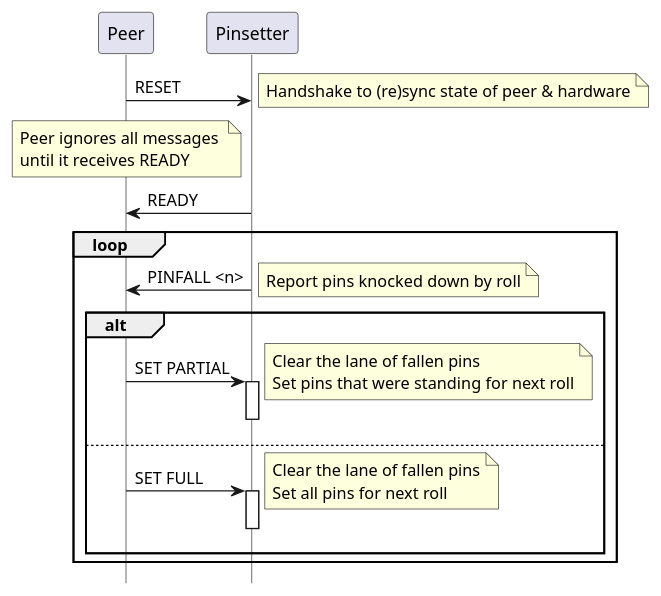
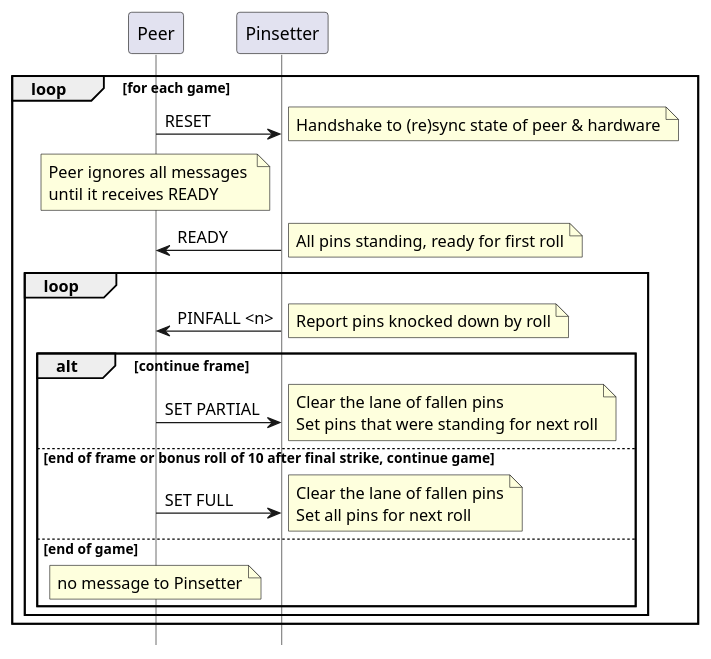
Before and after one commit to java-to-kotlin/kotlin-tdd-workshop: the fifth of 7 diagrams in docs/03-architecture.md, drawn with PlantUML. The commit also changed other lines of this file, not shown here.

Commit message:
Document no message to pinsetter after game over

````diff
--- a/docs/03-architecture.md
+++ b/docs/03-architecture.md
@@ -125,29 +133,28 @@
 ```plantuml
 hide footbox
 skinparam lifelineStrategy solid
 
 participant Peer
 participant Pinsetter
 
-
-Peer -> Pinsetter : RESET
-note right : Handshake to (re)sync state of peer & hardware
-note over Peer : Peer ignores all messages \nuntil it receives READY 
-Pinsetter -> Peer : READY
-
-loop
-    Pinsetter -> Peer : PINFALL <n>
-    note right : Report pins knocked down by roll
-    alt
-        Pinsetter <- Peer : SET PARTIAL
-        activate Pinsetter
-        note right : Clear the lane of fallen pins\nSet pins that were standing for next roll
-        deactivate Pinsetter
-    else
-        Pinsetter <- Peer : SET FULL 
-        activate Pinsetter
-        note right : Clear the lane of fallen pins\nSet all pins for next roll
-        deactivate Pinsetter
+loop for each game 
+    Peer -> Pinsetter : RESET
+    note right : Handshake to (re)sync state of peer & hardware
+    note over Peer : Peer ignores all messages \nuntil it receives READY 
+    Pinsetter -> Peer : READY
+    note right : All pins standing, ready for first roll
+    loop
+        Pinsetter -> Peer : PINFALL <n>
+        note right : Report pins knocked down by roll
+        alt continue frame
+            Pinsetter <- Peer : SET PARTIAL
+            note right : Clear the lane of fallen pins\nSet pins that were standing for next roll
+        else end of frame or bonus roll of 10 after final strike, continue game
+            Pinsetter <- Peer : SET FULL 
+            note right : Clear the lane of fallen pins\nSet all pins for next roll
+        else end of game
+            note over Peer : no message to Pinsetter
+        end
     end
 end
 ```
````
